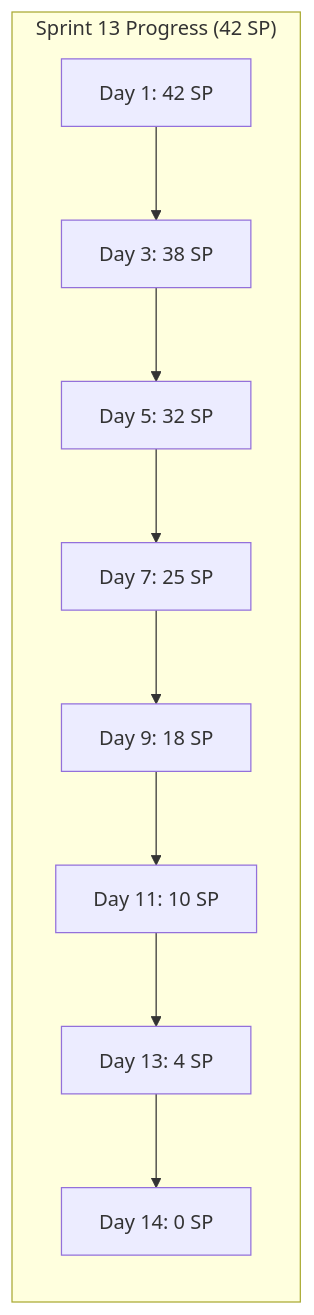
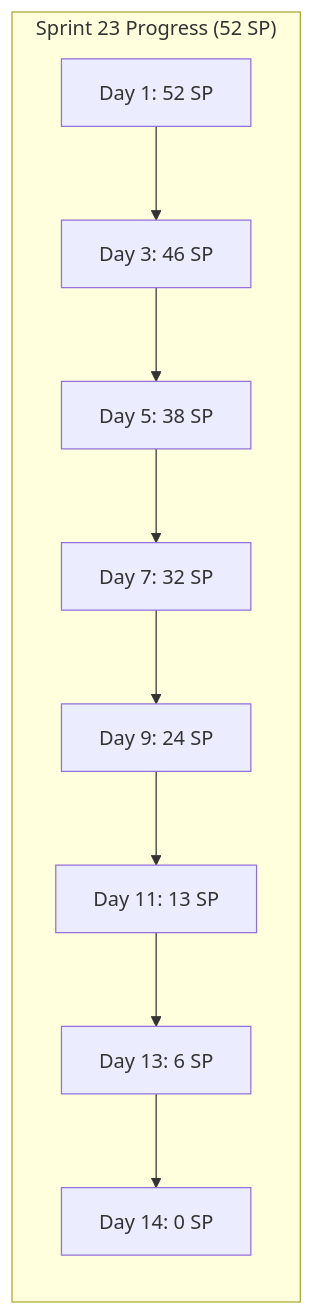
One commit to HOW2AI-AGENCY/albert3-muse-synth-studio changed the third of 9 diagrams in project-management/reports/team-dashboard.md. Above: the diagram before and after it, drawn with Mermaid. The commit also changed other lines of this file and 6 other files, not shown here.

Commit message:
docs: refresh sprint 23 progress and dashboards

````diff
--- a/project-management/reports/team-dashboard.md
+++ b/project-management/reports/team-dashboard.md
@@ -70,12 +70,12 @@
 ```mermaid
 graph LR
-    subgraph "Sprint 13 Progress (42 SP)"
-        A[Day 1: 42 SP] --> B[Day 3: 38 SP]
-        B --> C[Day 5: 32 SP]
-        C --> D[Day 7: 25 SP]
-        D --> E[Day 9: 18 SP]
-        E --> F[Day 11: 10 SP]
-        F --> G[Day 13: 4 SP]
+    subgraph "Sprint 23 Progress (52 SP)"
+        A[Day 1: 52 SP] --> B[Day 3: 46 SP]
+        B --> C[Day 5: 38 SP]
+        C --> D[Day 7: 32 SP]
+        D --> E[Day 9: 24 SP]
+        E --> F[Day 11: 13 SP]
+        F --> G[Day 13: 6 SP]
         G --> H[Day 14: 0 SP]
     end
 ```
````
